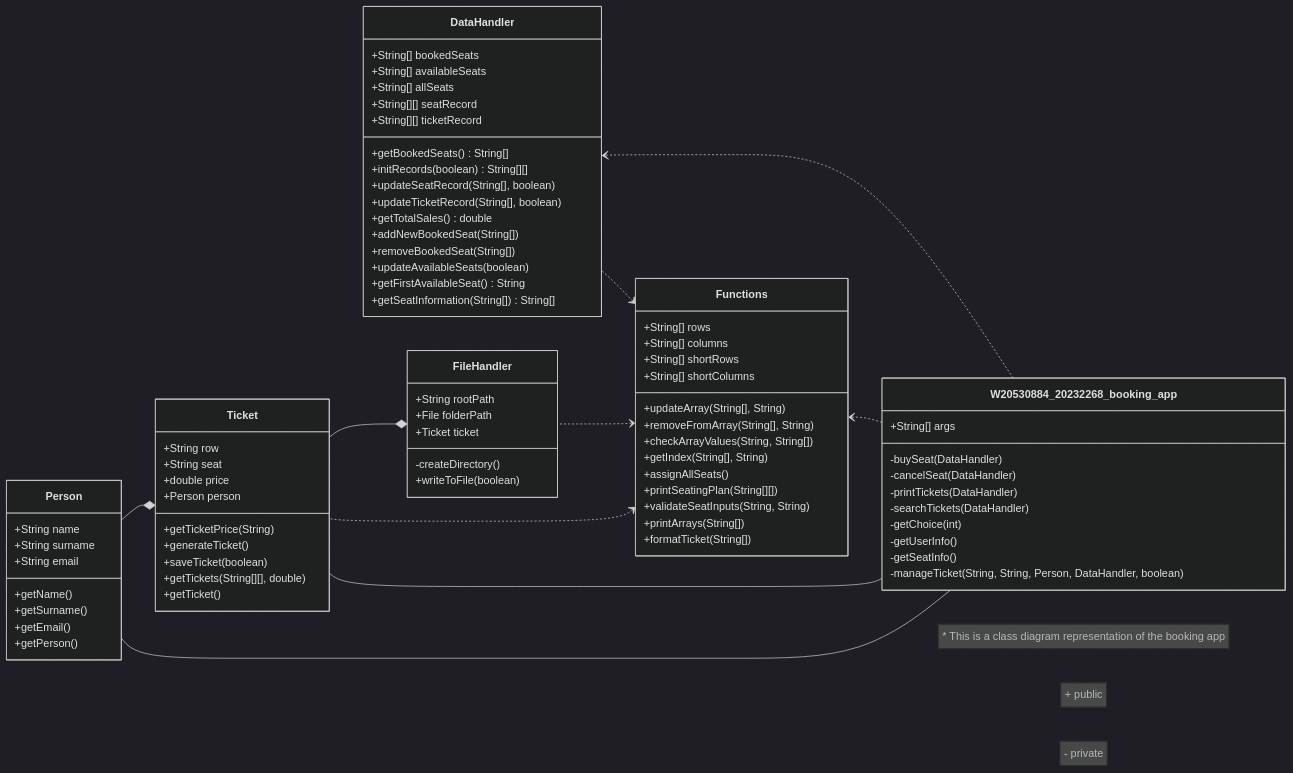
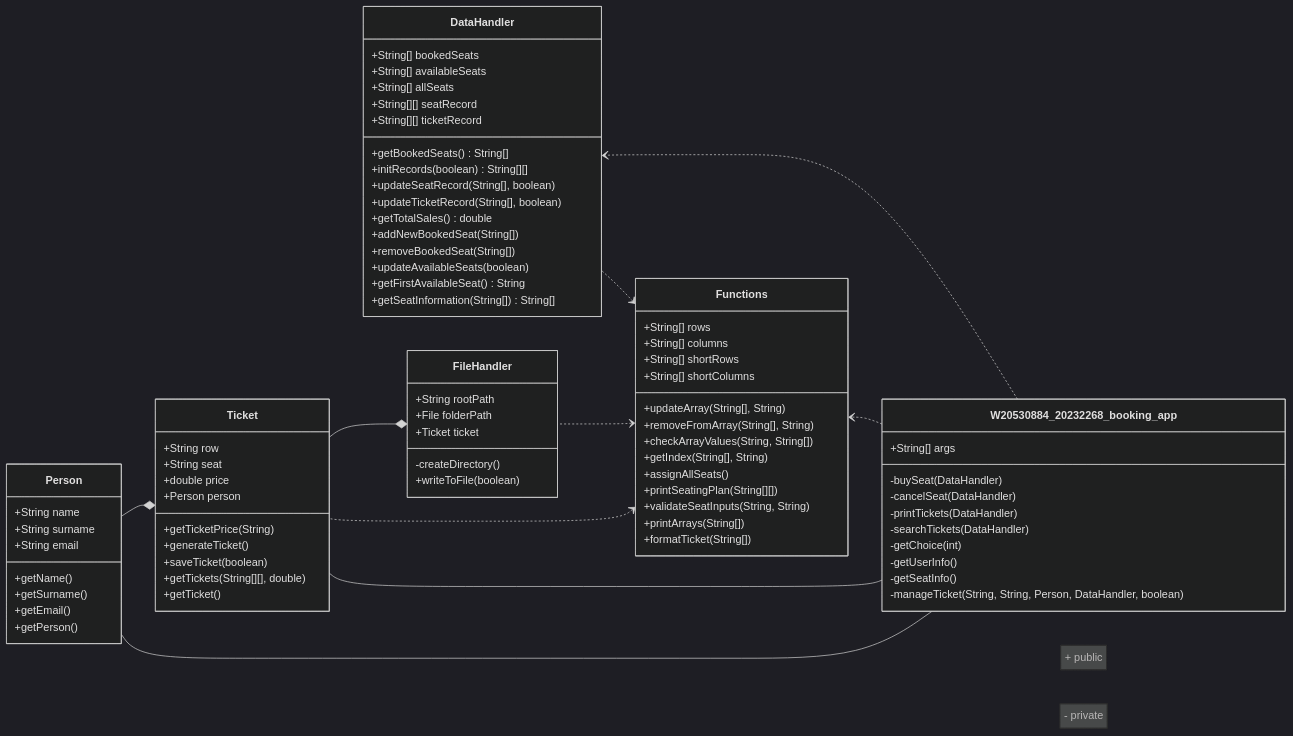
The diagram in README.md (anuja-rahul/booking-app-javaCW), drawn with Mermaid (dark theme) before and after one commit. The commit also changed other lines of this file, not shown here.

```diff
--- a/README.md
+++ b/README.md
@@ -28,7 +29,6 @@
 
 classDiagram
     
-    note "* This is a class diagram representation of the booking app"
     note "+ public"
     note "- private"
     
```
